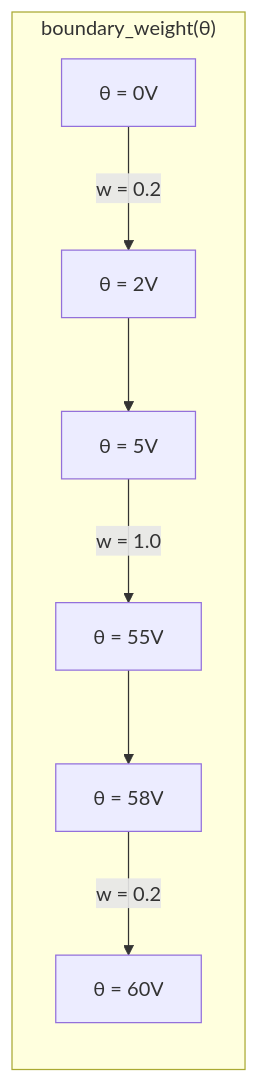
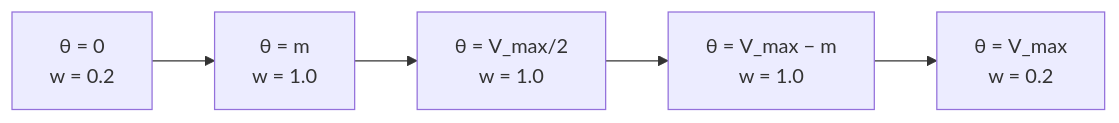
Before and after one commit to wtaisner/state-of-polarization: the second of 3 diagrams in ALGORITHM.md, drawn with Mermaid. The commit also changed other lines of this file, not shown here.

````diff
--- a/ALGORITHM.md
+++ b/ALGORITHM.md
@@ -572,10 +335,7 @@
 ```mermaid
 graph LR
-    subgraph "boundary_weight(θ)"
-        A["θ = 0V"] -->|"w = 0.2"| B["θ = 2V"]
-        B --> C["θ = 5V"]
-        C -->|"w = 1.0"| D["θ = 55V"]
-        D --> E["θ = 58V"]
-        E -->|"w = 0.2"| F["θ = 60V"]
-    end
+    A["θ = 0<br/>w = 0.2"] --> B["θ = m<br/>w = 1.0"]
+    B --> C["θ = V_max/2<br/>w = 1.0"]
+    C --> D["θ = V_max − m<br/>w = 1.0"]
+    D --> E["θ = V_max<br/>w = 0.2"]
 ```
````
